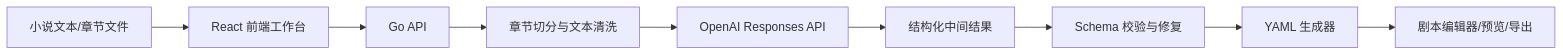
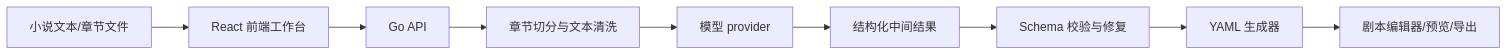
The diagram in docs/architecture.md (Flepxum/novelscript-ai), drawn with Mermaid before and after one commit. The commit also changed other lines of this file and 8 other files, not shown here.

Commit message:
docs: document demo flow and pr plan

````diff
--- a/docs/architecture.md
+++ b/docs/architecture.md
@@ -27,11 +27,11 @@
 ```mermaid
 flowchart LR
   A[小说文本/章节文件] --> B[React 前端工作台]
   B --> C[Go API]
   C --> D[章节切分与文本清洗]
-  D --> E[OpenAI Responses API]
+  D --> E[模型 provider]
   E --> F[结构化中间结果]
   F --> G[Schema 校验与修复]
   G --> H[YAML 生成器]
   H --> I[剧本编辑器/预览/导出]
 ```
````
